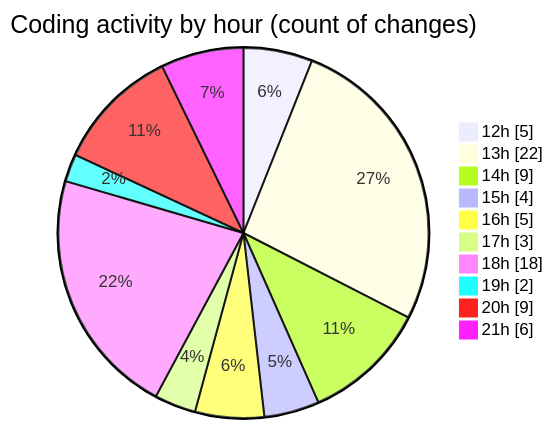
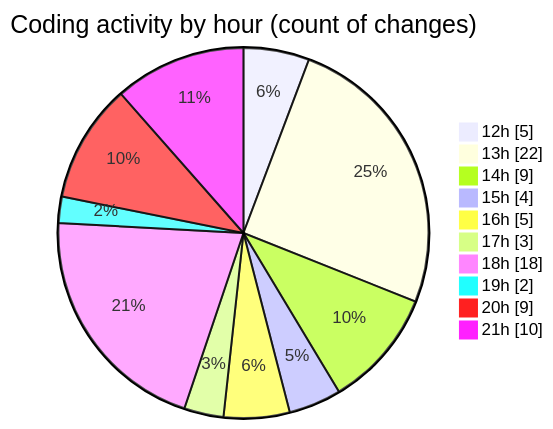
Before and after one commit to MatusMokan/code-tracking: the second of 2 diagrams in 2025-04-19/myws__workspace_/README.md, drawn with Mermaid. The commit also changed other lines of this file and 1 other file, not shown here.

````diff
--- a/2025-04-19/myws__workspace_/README.md
+++ b/2025-04-19/myws__workspace_/README.md
@@ -32,14 +33,14 @@
 ```mermaid
 pie showData
 title Coding activity by hour (count of changes)
 "12h" : 5
 "13h" : 22
 "14h" : 9
 "15h" : 4
 "16h" : 5
 "17h" : 3
 "18h" : 18
 "19h" : 2
 "20h" : 9
-"21h" : 6
+"21h" : 10
 ```
````
